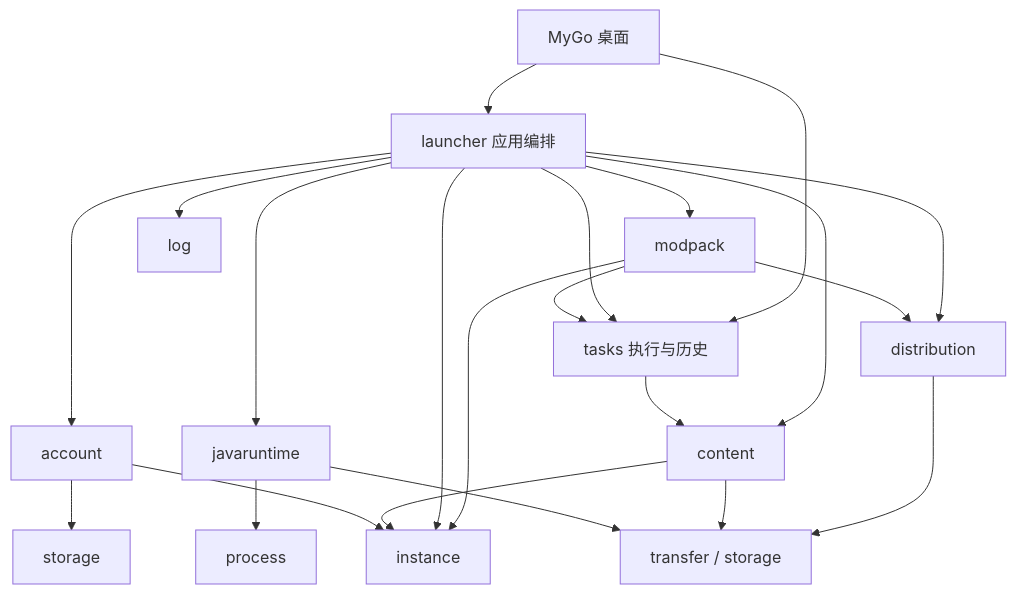
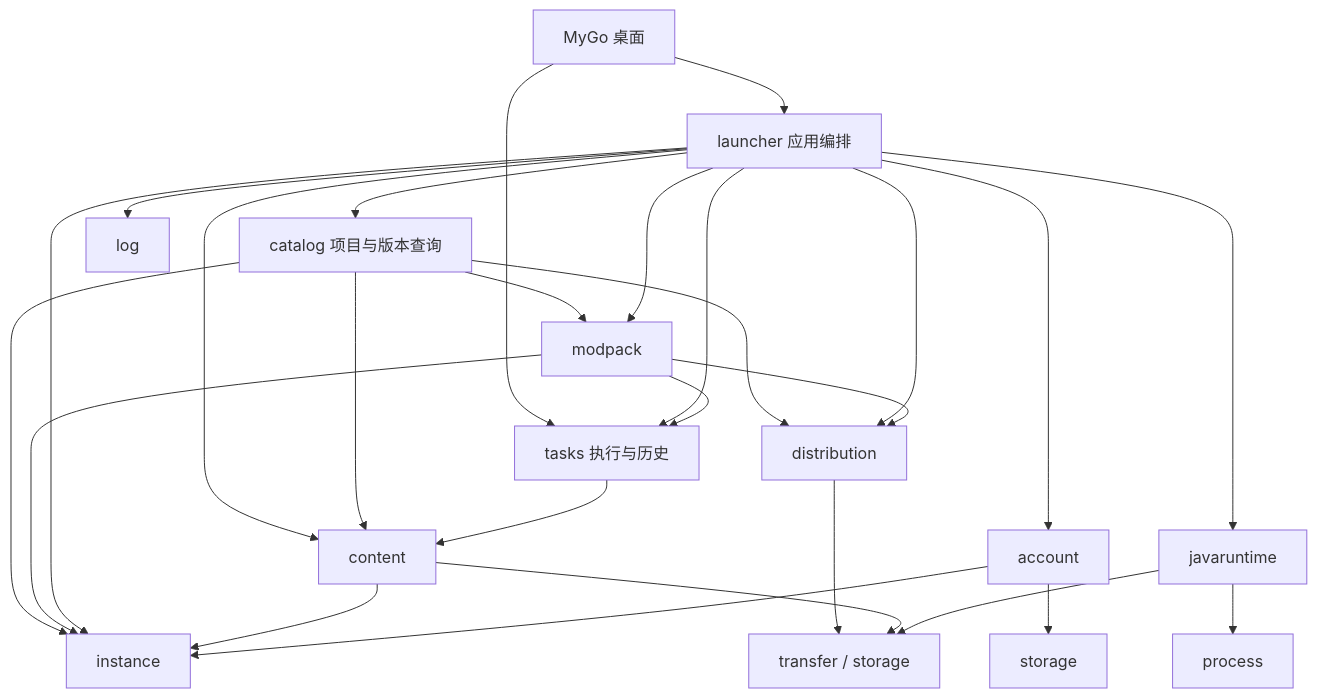
Before and after one commit to CAUCraft/LXMCL: the diagram in docs/architecture.md, drawn with Mermaid. The commit also changed other lines of this file and 37 other files, not shown here.

````diff
--- a/docs/architecture.md
+++ b/docs/architecture.md
@@ -27,24 +28,29 @@
 ```mermaid
 flowchart TD
     UI[MyGo 桌面] --> Launcher[launcher 应用编排]
     UI --> Tasks[tasks 执行与历史]
     Launcher --> Tasks
     Launcher --> Account[account]
     Launcher --> Java[javaruntime]
     Launcher --> Content[content]
+    Launcher --> Catalog[catalog 项目与版本查询]
+    Catalog --> Content
+    Catalog --> Instance
+    Catalog --> Modpack
+    Catalog --> Distribution
     Launcher --> Modpack[modpack]
     Launcher --> Distribution[distribution]
     Modpack --> Distribution
     Modpack --> Instance
     Modpack --> Tasks
     Distribution --> Transfer
     Launcher --> Instance[instance]
     Tasks --> Content
     Content --> Instance
     Content --> Transfer[transfer / storage]
     Java --> Transfer
     Java --> Process[process]
     Account --> Instance
     Account --> Storage[storage]
     Launcher --> Logs[log]
 ```
````
